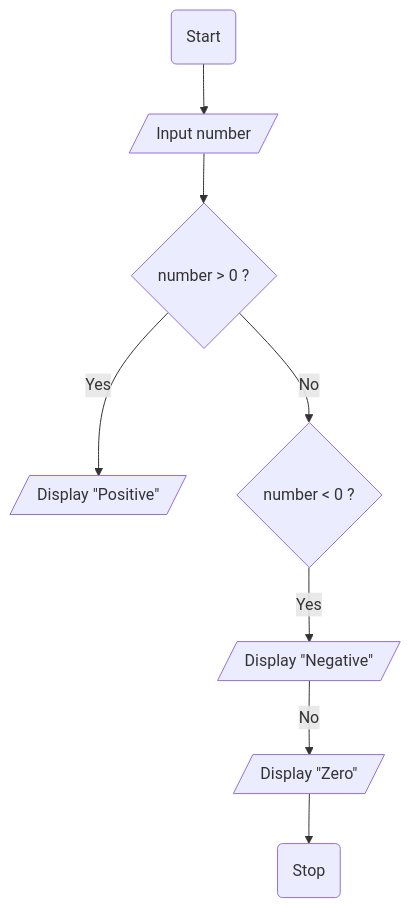
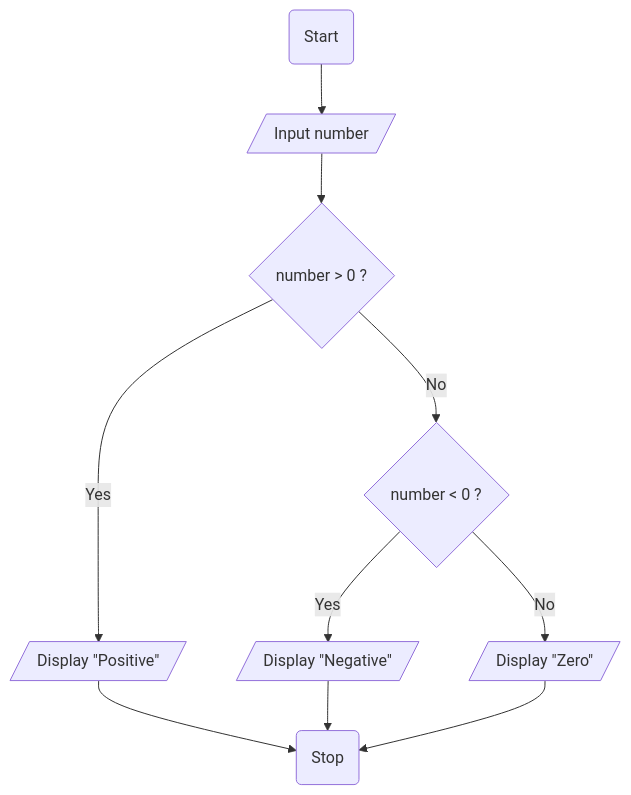
The fourth of 10 diagrams in README.md (jayani-athukorala/algorithm-flowchart-workshop), drawn with Mermaid before and after one commit. The commit also changed other lines of this file, not shown here.

Commit message:
Add mermaid flowchart for Q5

````diff
--- a/README.md
+++ b/README.md
@@ -137,10 +137,12 @@
 ```mermaid
 flowchart TD
     A(Start) --> B[/Input number/]
     B --> C{number > 0 ?}
     C -- Yes --> D[/Display "Positive"/]
     C -- No --> E{number < 0 ?}
     E -- Yes --> F[/Display "Negative"/]
-    F -- No --> G[/Display "Zero"/]
-    G --> H(Stop)
+    E -- No --> G[/Display "Zero"/]
+    D --> H(Stop)
+    F --> H
+    G --> H
 ```
````
